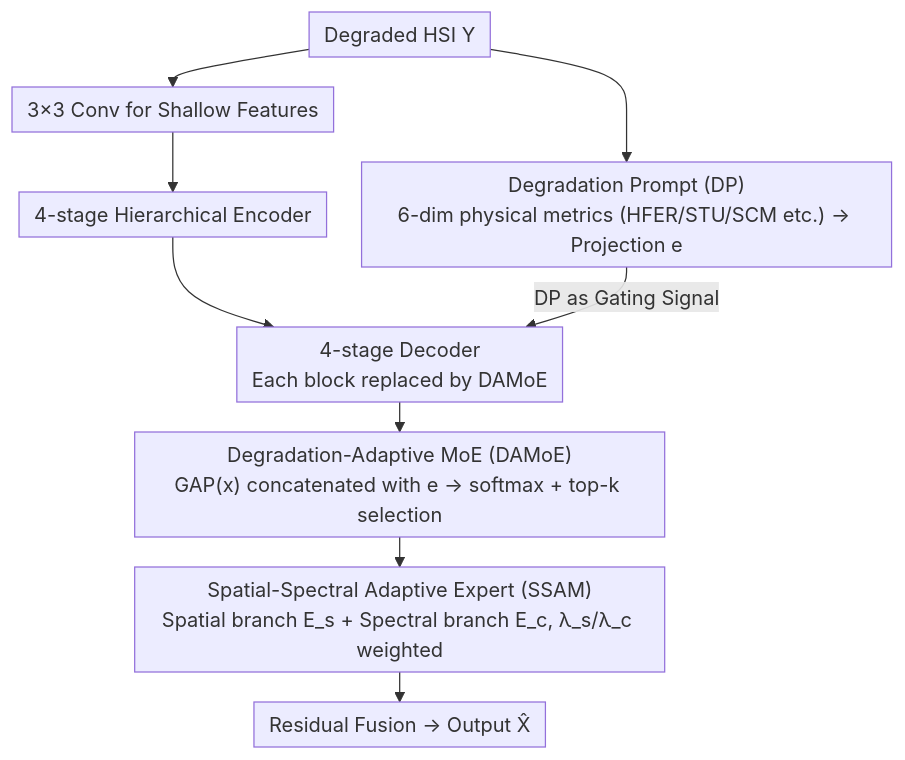
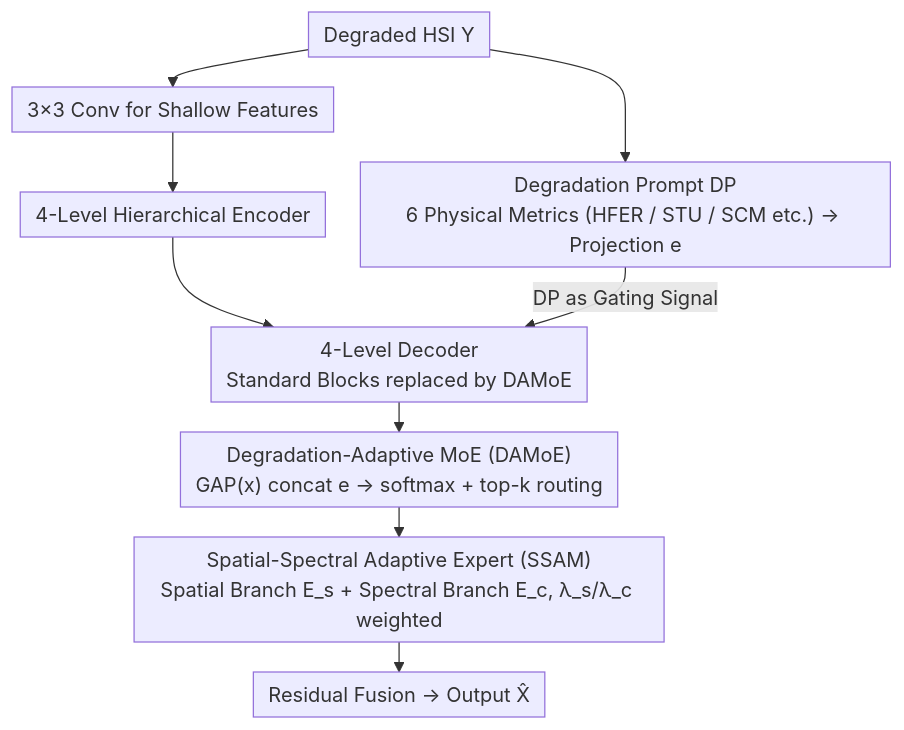
The diagram in docs/ICML2026/image_restoration/degradation-aware_metric_prompting_for_hyperspectral_image_restoration.md (zhaoyang97/Paper-Notes-en), drawn with Mermaid before and after one commit. The commit also changed other lines of this file and 5084 other files, not shown here.

````diff
--- a/docs/ICML2026/image_restoration/degradation-aware_metric_prompting_for_hyperspectral_image_restoration.md
+++ b/docs/ICML2026/image_restoration/degradation-aware_metric_prompting_for_hyperspectral_image_restoration.md
@@ -44,12 +45,12 @@
 ```mermaid
 %%{init: {'flowchart': {'rankSpacing': 24, 'nodeSpacing': 28, 'padding': 6, 'wrappingWidth': 400}}}%%
 flowchart TD
-    A["Degraded HSI Y"] --> B["Degradation Prompt (DP)<br/>6-dim physical metrics (HFER/STU/SCM etc.) → Projection e"]
+    A["Degraded HSI Y"] --> B["Degradation Prompt DP<br/>6 Physical Metrics (HFER / STU / SCM etc.) → Projection e"]
     A --> C["3×3 Conv for Shallow Features"]
-    C --> D["4-stage Hierarchical Encoder"]
-    D --> E["4-stage Decoder<br/>Each block replaced by DAMoE"]
+    C --> D["4-Level Hierarchical Encoder"]
+    D --> E["4-Level Decoder<br/>Standard Blocks replaced by DAMoE"]
     B -->|"DP as Gating Signal"| E
-    E --> F["Degradation-Adaptive MoE (DAMoE)<br/>GAP(x) concatenated with e → softmax + top-k selection"]
-    F --> G["Spatial-Spectral Adaptive Expert (SSAM)<br/>Spatial branch E_s + Spectral branch E_c, λ_s/λ_c weighted"]
+    E --> F["Degradation-Adaptive MoE (DAMoE)<br/>GAP(x) concat e → softmax + top-k routing"]
+    F --> G["Spatial-Spectral Adaptive Expert (SSAM)<br/>Spatial Branch E_s + Spectral Branch E_c, λ_s/λ_c weighted"]
     G --> H["Residual Fusion → Output X̂"]
 ```
````
